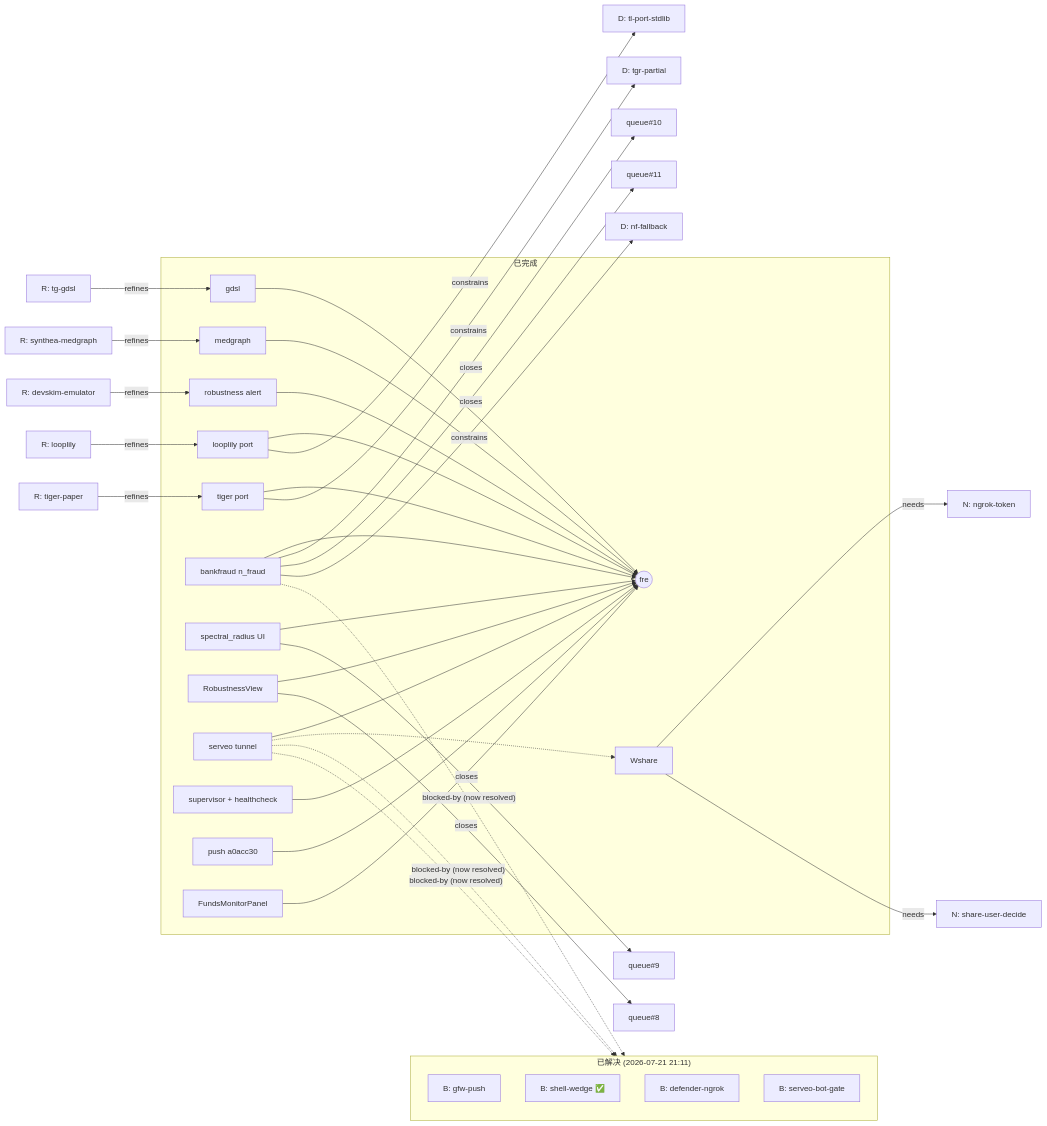
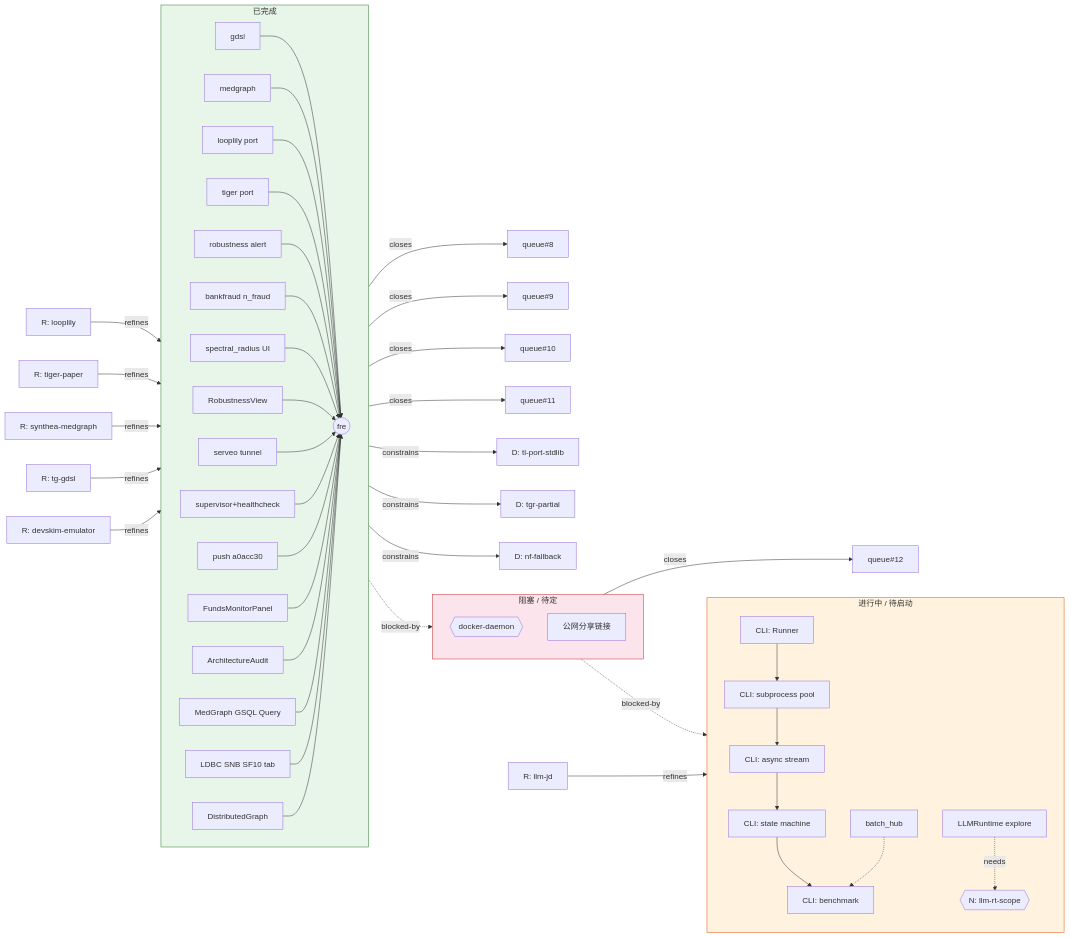
Before and after one commit to zhenyu666-debug/xiaohongshu-Loop: the diagram in graph_chain.tiger.md, drawn with Mermaid. The commit also changed other lines of this file and 1 other file, not shown here.

First paragraph of the commit message:
docs(loop): record working-tree session log + graph_chain updates
Cumulative session log accumulated across multiple sessions (2026-07-22 10:25
through 2026-07-23 20:35) that was never landed. Both files are documentation-only
(no code/tests/API changes):

````diff
--- a/graph_chain.tiger.md
+++ b/graph_chain.tiger.md
@@ -107,47 +114,69 @@
 ```mermaid
 flowchart LR
-  subgraph "已完成"
-    Wgdsl[gdsl] --> Pfre((fre))
+  subgraph done["已完成"]
+    direction LR
+    style done fill:#e8f5e9,stroke:#2e7d32
+    Wgdsl[gdsl] --> Pfre
     Wmed[medgraph] --> Pfre
     Wtl[looplily port] --> Pfre
     Wtgr[tiger port] --> Pfre
     Wcov[robustness alert] --> Pfre
     Wnf[bankfraud n_fraud] --> Pfre
     Wspec[spectral_radius UI] --> Pfre
     Wrob[RobustnessView] --> Pfre
     Wtun[serveo tunnel] --> Pfre
-    Wsup[supervisor + healthcheck] --> Pfre
+    Wsup[supervisor+healthcheck] --> Pfre
     Wpush[push a0acc30] --> Pfre
     Wfmp[FundsMonitorPanel] --> Pfre
-    Wtun -.-> Wshare
+    Warc[ArchitectureAudit] --> Pfre
+    Wmgq[MedGraph GSQL Query] --> Pfre
+    Wsf10[LDBC SNB SF10 tab] --> Pfre
+    Wdist[DistributedGraph] --> Pfre
   end
 
-  subgraph "已解决 (2026-07-21 21:11)"
+  subgraph doing["进行中 / 待启动"]
     direction TB
-    Bgfw[B: gfw-push ✅]
-    Bshell[B: shell-wedge ✅]
-    Bdef[B: defender-ngrok ✅]
-    Bserve[B: serveo-bot-gate ✅]
+    style doing fill:#fff3e0,stroke:#e65100
+    Wllm[LLMRuntime explore]
+    Wcli1[CLI: Runner]
+    Wcli2[CLI: subprocess pool]
+    Wcli3[CLI: async stream]
+    Wcli4[CLI: state machine]
+    Wcli5[CLI: benchmark]
+    Wbgh[batch_hub]
+
+    Wcli1 --> Wcli2 --> Wcli3 --> Wcli4 --> Wcli5
+    Wbgh -.-> Wcli5
+    Wllm -. needs .-> Bllmrt
   end
+
+  subgraph blockers["阻塞 / 待定"]
+    direction TB
+    style blockers fill:#fce4ec,stroke:#c62828
+    Bllmrt{{"N: llm-rt-scope"}}
+    Bdocker{{docker-daemon}}
+    Wshare[公网分享链接]
+  end
+
+  Pfre((fre))
 
   Wrob -- closes --> L8[queue#8]
   Wspec -- closes --> L9[queue#9]
   Wnf -- closes --> L10[queue#10]
   Wnf -- closes --> L11[queue#11]
+  Wshare -- closes --> L12[queue#12]
 
   Wtl -- constrains --> D1[D: tl-port-stdlib]
   Wtgr -- constrains --> D2[D: tgr-partial]
   Wnf -- constrains --> D3[D: nf-fallback]
 
-  Wnf -. blocked-by (now resolved) .-> Bgfw[B: gfw-push]
-  Wtun -. blocked-by (now resolved) .-> Bserve[B: serveo-bot-gate]
-  Wtun -. blocked-by (now resolved) .-> Bdef[B: defender-ngrok]
-  Wshare -- needs --> Nngrok[N: ngrok-token]
-  Wshare -- needs --> Nshare[N: share-user-decide]
+  Wshare -. blocked-by .-> Bllmrt
+  Wsup -. blocked-by .-> Bdocker
 
   R1[R: looplily] -- refines --> Wtl
   R2[R: tiger-paper] -- refines --> Wtgr
   R3[R: synthea-medgraph] -- refines --> Wmed
   R4[R: tg-gdsl] -- refines --> Wgdsl
   R5[R: devskim-emulator] -- refines --> Wcov
+  R6[R: llm-jd] -- refines --> Wllm
 ```
````
